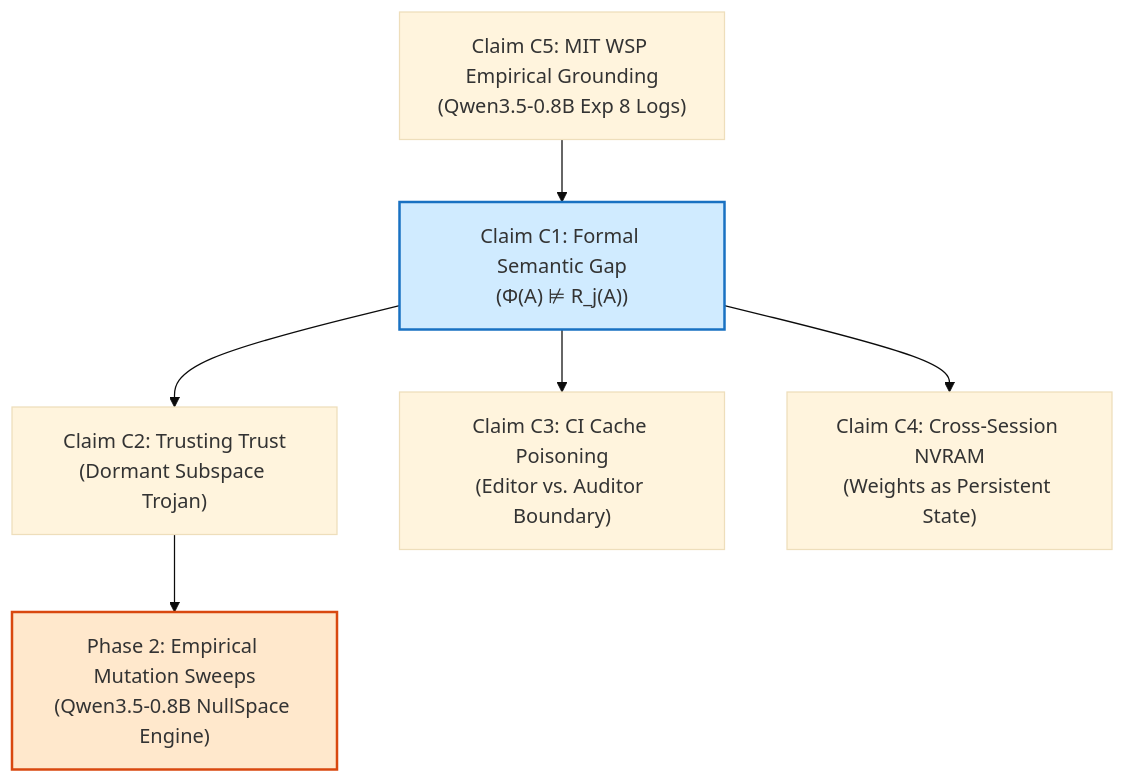
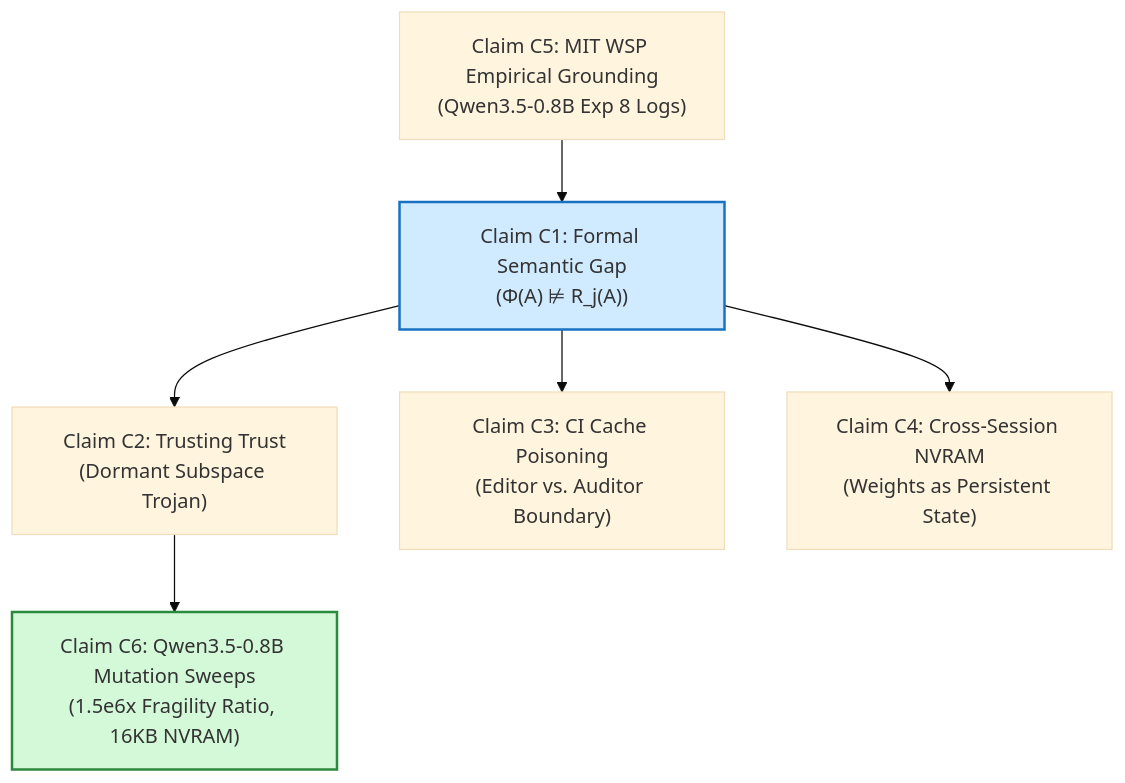
The diagram in CLAIM_MAP.md (pd241008/NullSpace), drawn with Mermaid (base theme) before and after one commit. The commit also changed other lines of this file and 6 other files, not shown here.

Commit message:
feat(experiments): add empirical mutation sweep engine and results for Qwen3.5-0.8B (Phase 2)

````diff
--- a/CLAIM_MAP.md
+++ b/CLAIM_MAP.md
@@ -21,13 +22,13 @@
 ```mermaid
 flowchart TD
     C1["Claim C1: Formal Semantic Gap<br/>(Φ(A) ⊭ R_j(A))"]
     C1 --> C2["Claim C2: Trusting Trust<br/>(Dormant Subspace Trojan)"]
     C1 --> C3["Claim C3: CI Cache Poisoning<br/>(Editor vs. Auditor Boundary)"]
     C1 --> C4["Claim C4: Cross-Session NVRAM<br/>(Weights as Persistent State)"]
     
     C5["Claim C5: MIT WSP Empirical Grounding<br/>(Qwen3.5-0.8B Exp 8 Logs)"] --> C1
-    C2 --> Phase2["Phase 2: Empirical Mutation Sweeps<br/>(Qwen3.5-0.8B NullSpace Engine)"]
+    C2 --> C6["Claim C6: Qwen3.5-0.8B Mutation Sweeps<br/>(1.5e6x Fragility Ratio, 16KB NVRAM)"]
 
     style C1 fill:#d0ebff,stroke:#1971c2,stroke-width:2px
-    style Phase2 fill:#ffe8cc,stroke:#d9480f,stroke-width:2px
+    style C6 fill:#d3f9d8,stroke:#2b8a3e,stroke-width:2px
 ```
````
